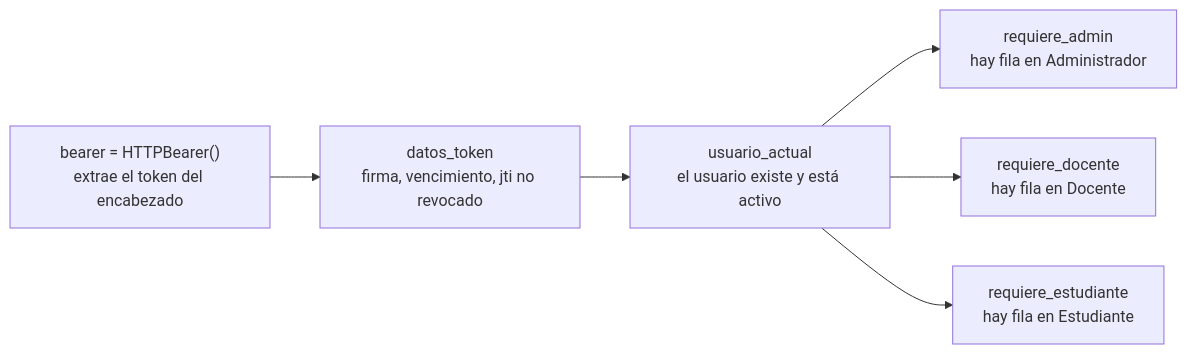
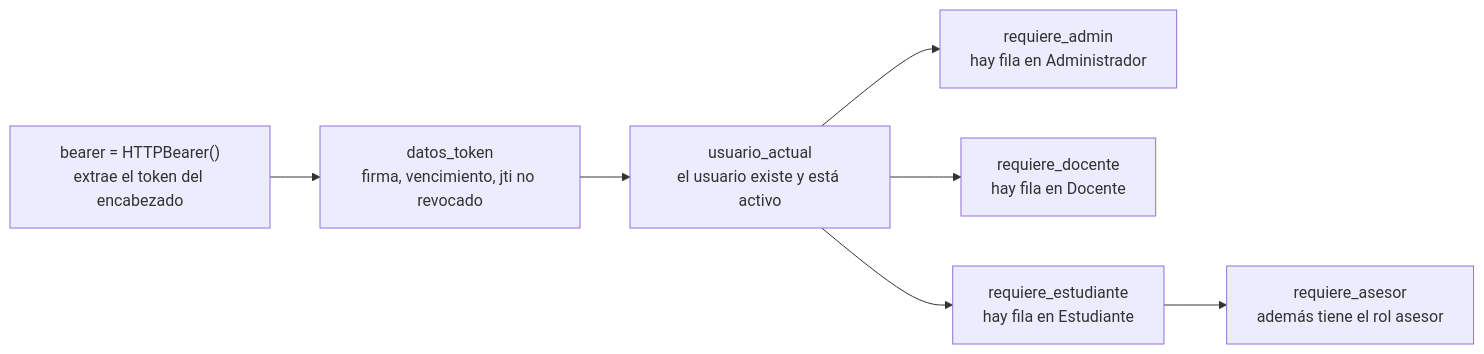
Before and after one commit to Huitrado/SEPA: the second of 2 diagrams in docs/backend/04-seguridad.md, drawn with Mermaid. The commit also changed other lines of this file and 18 other files, not shown here.

````diff
--- a/docs/backend/04-seguridad.md
+++ b/docs/backend/04-seguridad.md
@@ -188,8 +188,9 @@
 ```mermaid
 flowchart LR
     A["bearer = HTTPBearer()<br/>extrae el token del encabezado"] --> B["datos_token<br/>firma, vencimiento, jti no revocado"]
     B --> C["usuario_actual<br/>el usuario existe y está activo"]
     C --> D1["requiere_admin<br/>hay fila en Administrador"]
     C --> D2["requiere_docente<br/>hay fila en Docente"]
     C --> D3["requiere_estudiante<br/>hay fila en Estudiante"]
+    D3 --> D4["requiere_asesor<br/>además tiene el rol asesor"]
 ```
````
